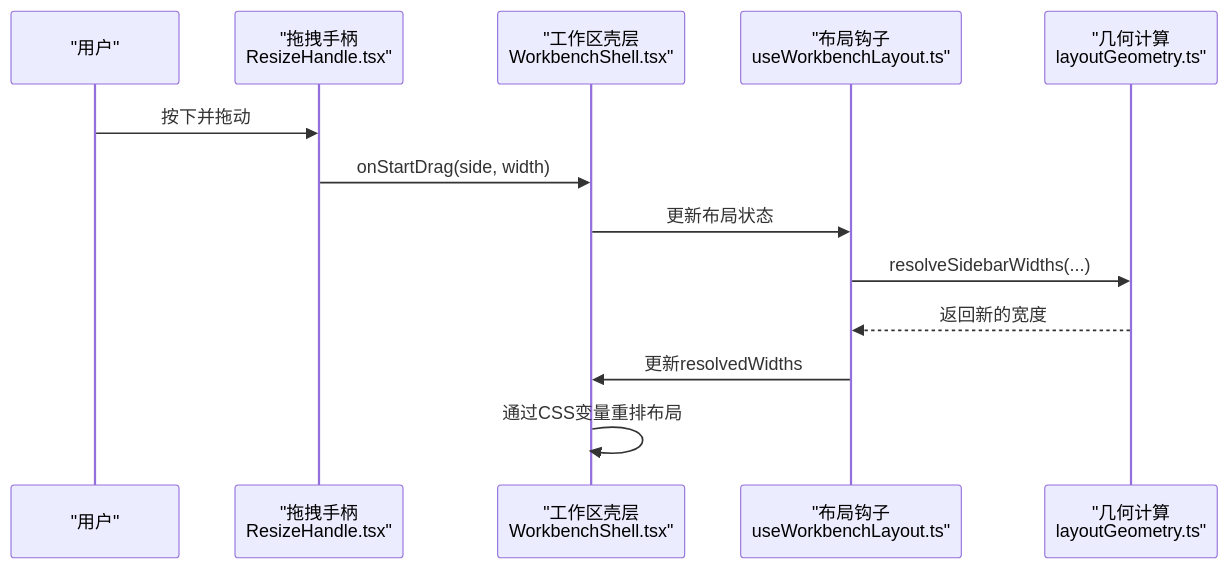
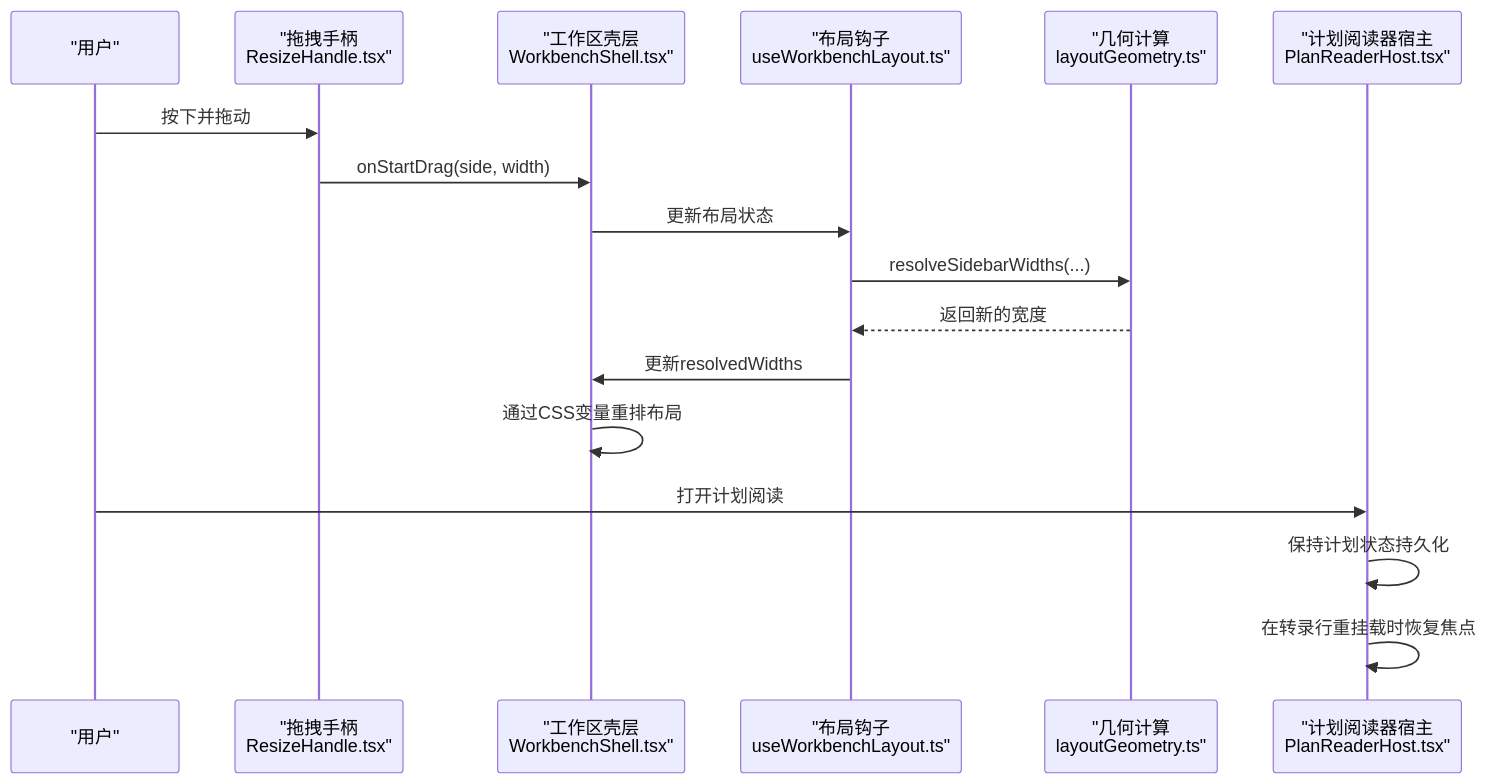
One commit to haolange/RDC-Agent changed the second of 6 diagrams in .qoder/repowiki/zh/content/用户界面/工作台界面/工作台界面.md. Above: the diagram before and after it, drawn with Mermaid. The commit also changed other lines of this file and 80 other files, not shown here.

````diff
--- a/.qoder/repowiki/zh/content/用户界面/工作台界面/工作台界面.md
+++ b/.qoder/repowiki/zh/content/用户界面/工作台界面/工作台界面.md
@@ -87,15 +101,19 @@
 ```mermaid
 sequenceDiagram
 participant U as "用户"
 participant TH as "拖拽手柄<br/>ResizeHandle.tsx"
 participant WS as "工作区壳层<br/>WorkbenchShell.tsx"
 participant WL as "布局钩子<br/>useWorkbenchLayout.ts"
 participant LG as "几何计算<br/>layoutGeometry.ts"
+participant PRH as "计划阅读器宿主<br/>PlanReaderHost.tsx"
 U->>TH : 按下并拖动
 TH->>WS : onStartDrag(side, width)
 WS->>WL : 更新布局状态
 WL->>LG : resolveSidebarWidths(...)
 LG-->>WL : 返回新的宽度
 WL->>WS : 更新resolvedWidths
 WS->>WS : 通过CSS变量重排布局
+U->>PRH : 打开计划阅读
+PRH->>PRH : 保持计划状态持久化
+PRH->>PRH : 在转录行重挂载时恢复焦点
 ```
````
